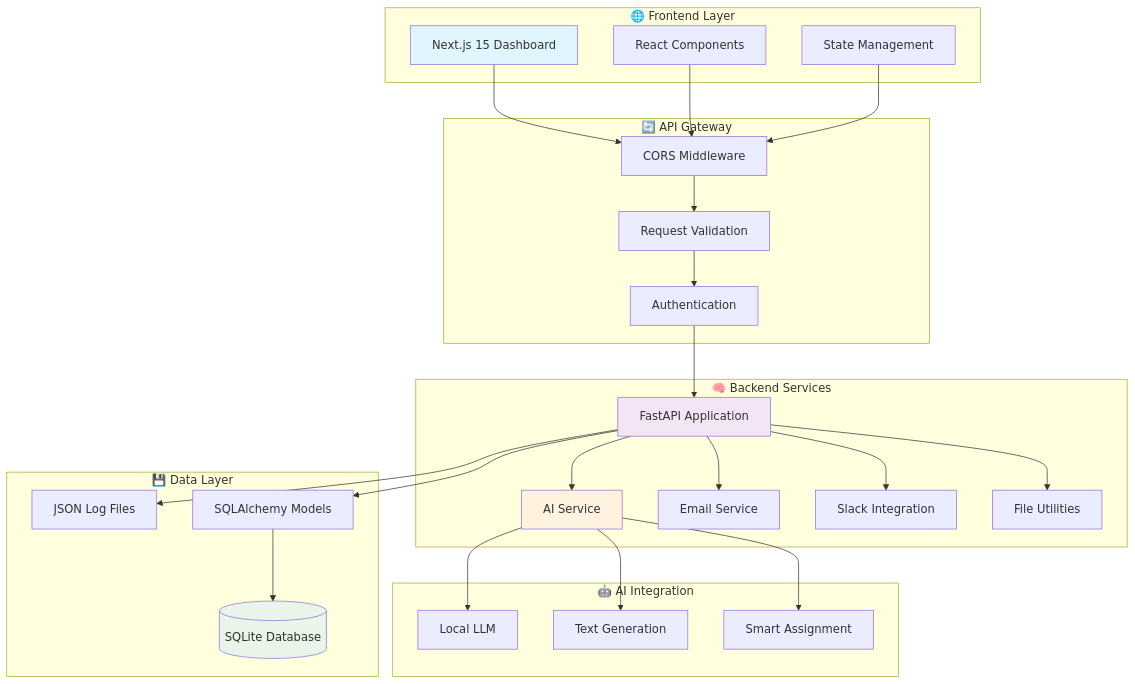
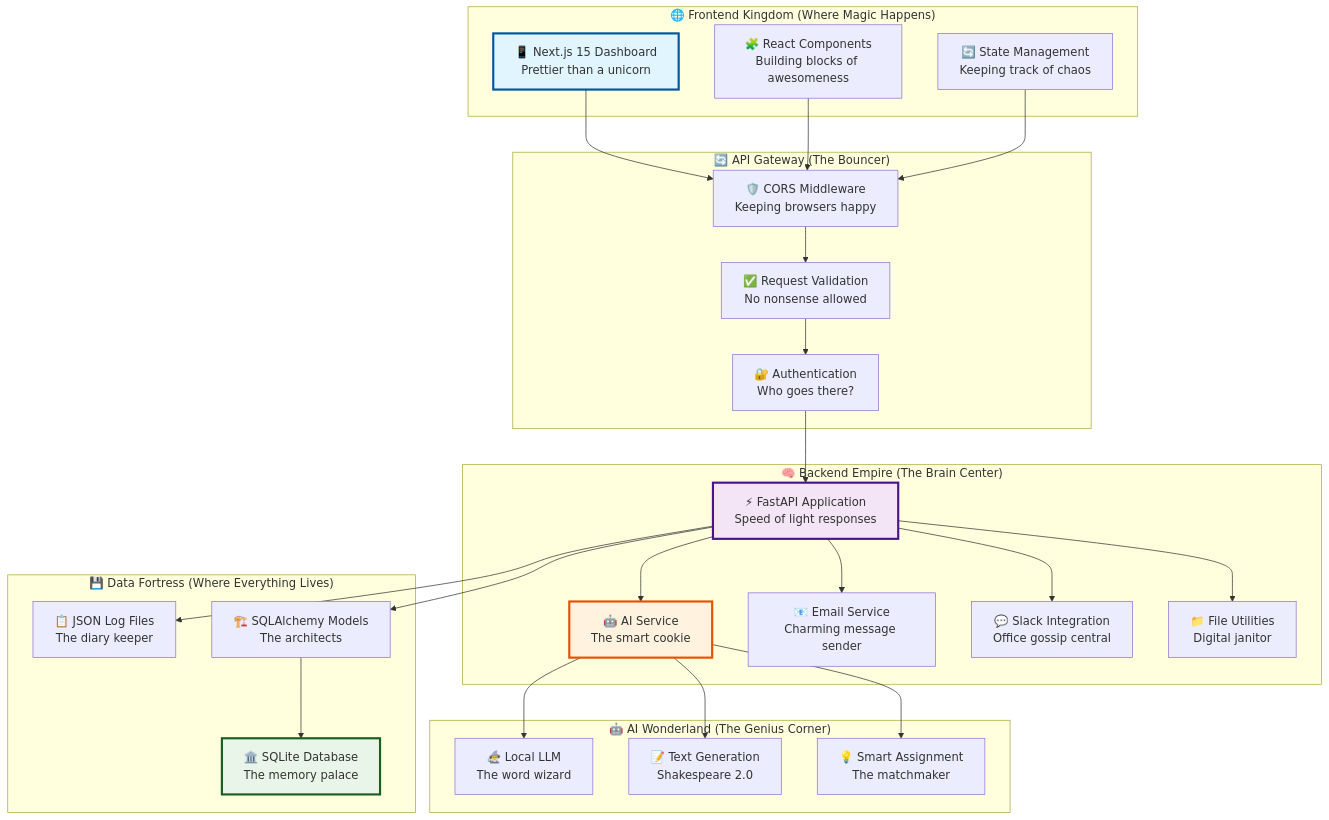
Before and after one commit to anshc022/HackaTwin: the first of 6 diagrams in README.md, drawn with Mermaid. The commit also changed other lines of this file, not shown here.

````diff
--- a/README.md
+++ b/README.md
@@ -25,60 +45,60 @@
 ```mermaid
 graph TB
-    subgraph "🌐 Frontend Layer"
-        UI[Next.js 15 Dashboard]
-        COMP[React Components]
-        STATE[State Management]
+    subgraph "🌐 Frontend Kingdom (Where Magic Happens)"
+        UI["📱 Next.js 15 Dashboard<br/>Prettier than a unicorn"]
+        COMP["🧩 React Components<br/>Building blocks of awesomeness"]
+        STATE["🔄 State Management<br/>Keeping track of chaos"]
     end
     
-    subgraph "🔄 API Gateway"
-        CORS[CORS Middleware]
-        VALID[Request Validation]
-        AUTH[Authentication]
+    subgraph "🔄 API Gateway (The Bouncer)"
+        CORS["🛡️ CORS Middleware<br/>Keeping browsers happy"]
+        VALID["✅ Request Validation<br/>No nonsense allowed"]
+        AUTH["🔐 Authentication<br/>Who goes there?"]
     end
     
-    subgraph "🧠 Backend Services"
-        API[FastAPI Application]
-        AI[AI Service]
-        EMAIL[Email Service]
-        SLACK[Slack Integration]
-        FILE[File Utilities]
+    subgraph "🧠 Backend Empire (The Brain Center)"
+        API["⚡ FastAPI Application<br/>Speed of light responses"]
+        AI["🤖 AI Service<br/>The smart cookie"]
+        EMAIL["📧 Email Service<br/>Charming message sender"]
+        SLACK["💬 Slack Integration<br/>Office gossip central"]
+        FILE["📁 File Utilities<br/>Digital janitor"]
     end
     
-    subgraph "💾 Data Layer"
-        DB[(SQLite Database)]
-        LOGS[JSON Log Files]
-        MODELS[SQLAlchemy Models]
+    subgraph "💾 Data Fortress (Where Everything Lives)"
+        DB["🏛️ SQLite Database<br/>The memory palace"]
+        LOGS["📋 JSON Log Files<br/>The diary keeper"]
+        MODELS["🏗️ SQLAlchemy Models<br/>The architects"]
     end
     
-    subgraph "🤖 AI Integration"
-        LLM[Local LLM]
-        NLP[Text Generation]
-        SMART[Smart Assignment]
+    subgraph "🤖 AI Wonderland (The Genius Corner)"
+        LLM["🧙‍♂️ Local LLM<br/>The word wizard"]
+        NLP["📝 Text Generation<br/>Shakespeare 2.0"]
+        SMART["💡 Smart Assignment<br/>The matchmaker"]
     end
     
     UI --> CORS
     COMP --> CORS
     STATE --> CORS
     
     CORS --> VALID
     VALID --> AUTH
     AUTH --> API
     
     API --> AI
     API --> EMAIL
     API --> SLACK
     API --> FILE
     
     AI --> LLM
     AI --> NLP
     AI --> SMART
     
     API --> MODELS
     MODELS --> DB
     API --> LOGS
     
-    style UI fill:#e1f5fe
-    style API fill:#f3e5f5
-    style DB fill:#e8f5e8
-    style AI fill:#fff3e0
+    style UI fill:#e1f5fe,stroke:#01579b,stroke-width:3px
+    style API fill:#f3e5f5,stroke:#4a148c,stroke-width:3px
+    style DB fill:#e8f5e8,stroke:#1b5e20,stroke-width:3px
+    style AI fill:#fff3e0,stroke:#e65100,stroke-width:3px
 ```
````
